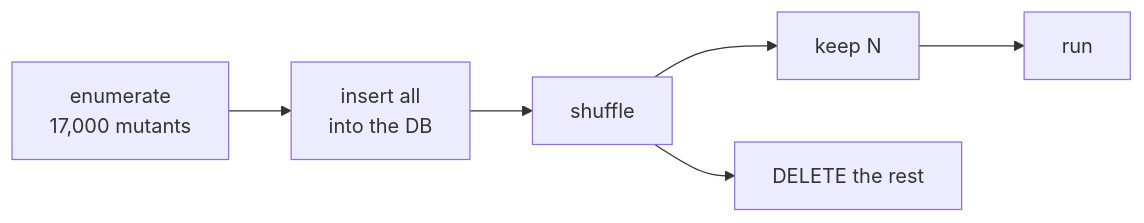
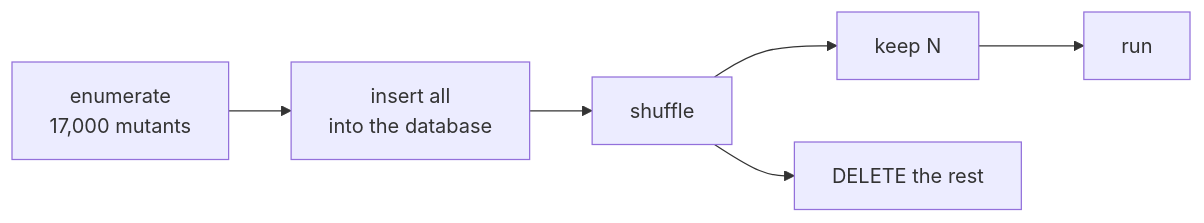
Before and after one commit to kvandeh/Angelo: the diagram in docs/06-operators-and-sampling.md, drawn with Mermaid. The commit also changed other lines of this file and 19 other files, not shown here.

````diff
--- a/docs/06-operators-and-sampling.md
+++ b/docs/06-operators-and-sampling.md
@@ -259,8 +262,8 @@
 ```mermaid
 flowchart LR
-    A[enumerate<br/>17,000 mutants] --> B[insert all<br/>into the DB]
+    A[enumerate<br/>17,000 mutants] --> B[insert all<br/>into the database]
     B --> C[shuffle]
     C --> D[keep N]
     C --> E[DELETE the rest]
     D --> F[run]
 ```
````
